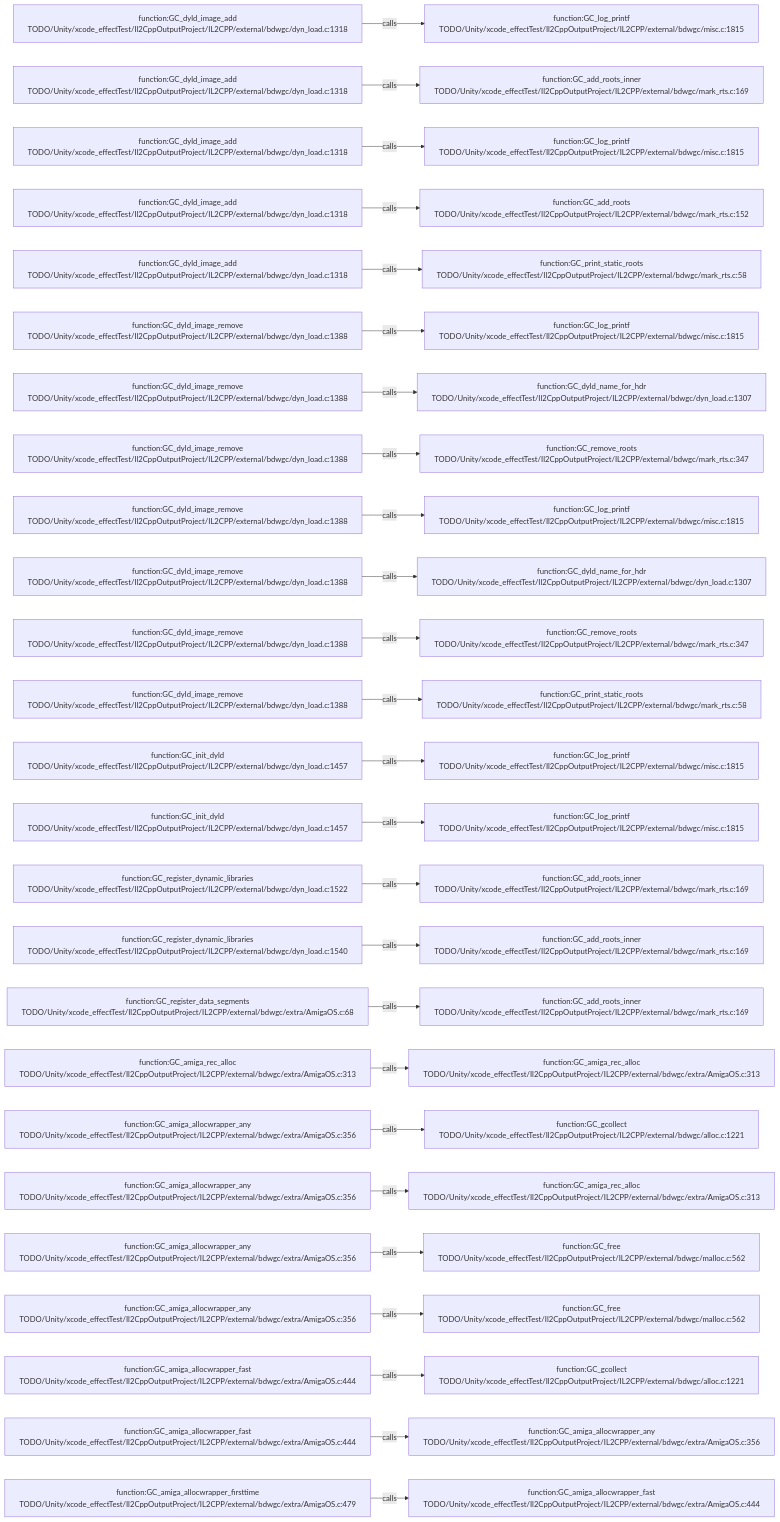
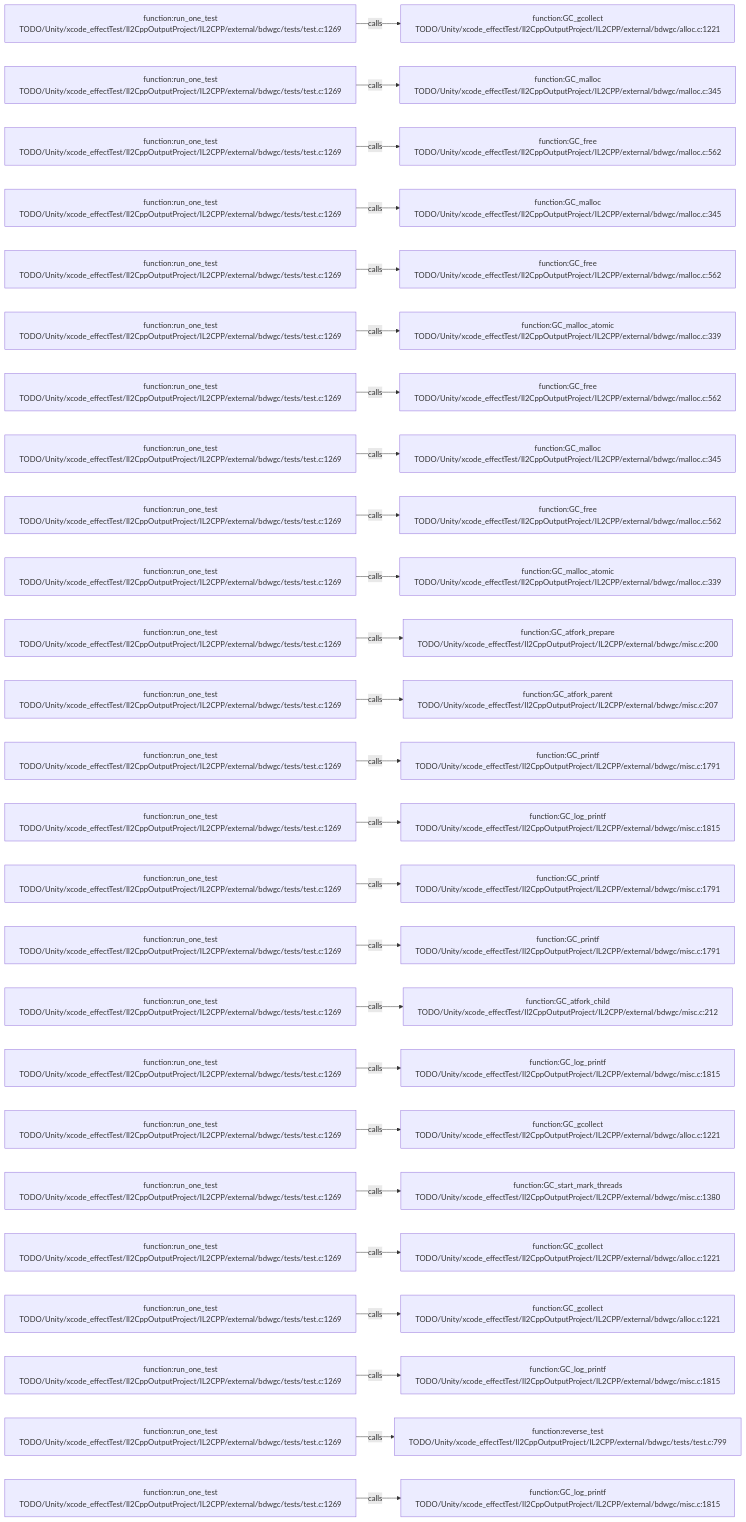
One commit to JobsKits/JobsSwiftBaseConfigDemo changed the diagram in .codegraph/codegraph.md/graphs/calls-173.md. Above: the diagram before and after it, drawn with Mermaid. The commit also changed 227 other files, not shown here.

````diff
--- a/.codegraph/codegraph.md/graphs/calls-173.md
+++ b/.codegraph/codegraph.md/graphs/calls-173.md
@@ -13,78 +13,78 @@
 ```mermaid
 flowchart LR
-  S1["function:GC_dyld_image_add<br/>TODO/Unity/xcode_effectTest/Il2CppOutputProject/IL2CPP/external/bdwgc/dyn_load.c:1318"]
-  T1["function:GC_log_printf<br/>TODO/Unity/xcode_effectTest/Il2CppOutputProject/IL2CPP/external/bdwgc/misc.c:1815"]
+  S1["function:run_one_test<br/>TODO/Unity/xcode_effectTest/Il2CppOutputProject/IL2CPP/external/bdwgc/tests/test.c:1269"]
+  T1["function:GC_gcollect<br/>TODO/Unity/xcode_effectTest/Il2CppOutputProject/IL2CPP/external/bdwgc/alloc.c:1221"]
   S1 -->|calls| T1
-  S2["function:GC_dyld_image_add<br/>TODO/Unity/xcode_effectTest/Il2CppOutputProject/IL2CPP/external/bdwgc/dyn_load.c:1318"]
-  T2["function:GC_add_roots_inner<br/>TODO/Unity/xcode_effectTest/Il2CppOutputProject/IL2CPP/external/bdwgc/mark_rts.c:169"]
+  S2["function:run_one_test<br/>TODO/Unity/xcode_effectTest/Il2CppOutputProject/IL2CPP/external/bdwgc/tests/test.c:1269"]
+  T2["function:GC_malloc<br/>TODO/Unity/xcode_effectTest/Il2CppOutputProject/IL2CPP/external/bdwgc/malloc.c:345"]
   S2 -->|calls| T2
-  S3["function:GC_dyld_image_add<br/>TODO/Unity/xcode_effectTest/Il2CppOutputProject/IL2CPP/external/bdwgc/dyn_load.c:1318"]
-  T3["function:GC_log_printf<br/>TODO/Unity/xcode_effectTest/Il2CppOutputProject/IL2CPP/external/bdwgc/misc.c:1815"]
+  S3["function:run_one_test<br/>TODO/Unity/xcode_effectTest/Il2CppOutputProject/IL2CPP/external/bdwgc/tests/test.c:1269"]
+  T3["function:GC_free<br/>TODO/Unity/xcode_effectTest/Il2CppOutputProject/IL2CPP/external/bdwgc/malloc.c:562"]
   S3 -->|calls| T3
-  S4["function:GC_dyld_image_add<br/>TODO/Unity/xcode_effectTest/Il2CppOutputProject/IL2CPP/external/bdwgc/dyn_load.c:1318"]
-  T4["function:GC_add_roots<br/>TODO/Unity/xcode_effectTest/Il2CppOutputProject/IL2CPP/external/bdwgc/mark_rts.c:152"]
+  S4["function:run_one_test<br/>TODO/Unity/xcode_effectTest/Il2CppOutputProject/IL2CPP/external/bdwgc/tests/test.c:1269"]
+  T4["function:GC_malloc<br/>TODO/Unity/xcode_effectTest/Il2CppOutputProject/IL2CPP/external/bdwgc/malloc.c:345"]
   S4 -->|calls| T4
-  S5["function:GC_dyld_image_add<br/>TODO/Unity/xcode_effectTest/Il2CppOutputProject/IL2CPP/external/bdwgc/dyn_load.c:1318"]
-  T5["function:GC_print_static_roots<br/>TODO/Unity/xcode_effectTest/Il2CppOutputProject/IL2CPP/external/bdwgc/mark_rts.c:58"]
+  S5["function:run_one_test<br/>TODO/Unity/xcode_effectTest/Il2CppOutputProject/IL2CPP/external/bdwgc/tests/test.c:1269"]
+  T5["function:GC_free<br/>TODO/Unity/xcode_effectTest/Il2CppOutputProject/IL2CPP/external/bdwgc/malloc.c:562"]
   S5 -->|calls| T5
-  S6["function:GC_dyld_image_remove<br/>TODO/Unity/xcode_effectTest/Il2CppOutputProject/IL2CPP/external/bdwgc/dyn_load.c:1388"]
-  T6["function:GC_log_printf<br/>TODO/Unity/xcode_effectTest/Il2CppOutputProject/IL2CPP/external/bdwgc/misc.c:1815"]
+  S6["function:run_one_test<br/>TODO/Unity/xcode_effectTest/Il2CppOutputProject/IL2CPP/external/bdwgc/tests/test.c:1269"]
+  T6["function:GC_malloc_atomic<br/>TODO/Unity/xcode_effectTest/Il2CppOutputProject/IL2CPP/external/bdwgc/malloc.c:339"]
   S6 -->|calls| T6
-  S7["function:GC_dyld_image_remove<br/>TODO/Unity/xcode_effectTest/Il2CppOutputProject/IL2CPP/external/bdwgc/dyn_load.c:1388"]
-  T7["function:GC_dyld_name_for_hdr<br/>TODO/Unity/xcode_effectTest/Il2CppOutputProject/IL2CPP/external/bdwgc/dyn_load.c:1307"]
+  S7["function:run_one_test<br/>TODO/Unity/xcode_effectTest/Il2CppOutputProject/IL2CPP/external/bdwgc/tests/test.c:1269"]
+  T7["function:GC_free<br/>TODO/Unity/xcode_effectTest/Il2CppOutputProject/IL2CPP/external/bdwgc/malloc.c:562"]
   S7 -->|calls| T7
-  S8["function:GC_dyld_image_remove<br/>TODO/Unity/xcode_effectTest/Il2CppOutputProject/IL2CPP/external/bdwgc/dyn_load.c:1388"]
-  T8["function:GC_remove_roots<br/>TODO/Unity/xcode_effectTest/Il2CppOutputProject/IL2CPP/external/bdwgc/mark_rts.c:347"]
+  S8["function:run_one_test<br/>TODO/Unity/xcode_effectTest/Il2CppOutputProject/IL2CPP/external/bdwgc/tests/test.c:1269"]
+  T8["function:GC_malloc<br/>TODO/Unity/xcode_effectTest/Il2CppOutputProject/IL2CPP/external/bdwgc/malloc.c:345"]
   S8 -->|calls| T8
-  S9["function:GC_dyld_image_remove<br/>TODO/Unity/xcode_effectTest/Il2CppOutputProject/IL2CPP/external/bdwgc/dyn_load.c:1388"]
-  T9["function:GC_log_printf<br/>TODO/Unity/xcode_effectTest/Il2CppOutputProject/IL2CPP/external/bdwgc/misc.c:1815"]
+  S9["function:run_one_test<br/>TODO/Unity/xcode_effectTest/Il2CppOutputProject/IL2CPP/external/bdwgc/tests/test.c:1269"]
+  T9["function:GC_free<br/>TODO/Unity/xcode_effectTest/Il2CppOutputProject/IL2CPP/external/bdwgc/malloc.c:562"]
   S9 -->|calls| T9
-  S10["function:GC_dyld_image_remove<br/>TODO/Unity/xcode_effectTest/Il2CppOutputProject/IL2CPP/external/bdwgc/dyn_load.c:1388"]
-  T10["function:GC_dyld_name_for_hdr<br/>TODO/Unity/xcode_effectTest/Il2CppOutputProject/IL2CPP/external/bdwgc/dyn_load.c:1307"]
+  S10["function:run_one_test<br/>TODO/Unity/xcode_effectTest/Il2CppOutputProject/IL2CPP/external/bdwgc/tests/test.c:1269"]
+  T10["function:GC_malloc_atomic<br/>TODO/Unity/xcode_effectTest/Il2CppOutputProject/IL2CPP/external/bdwgc/malloc.c:339"]
   S10 -->|calls| T10
-  S11["function:GC_dyld_image_remove<br/>TODO/Unity/xcode_effectTest/Il2CppOutputProject/IL2CPP/external/bdwgc/dyn_load.c:1388"]
-  T11["function:GC_remove_roots<br/>TODO/Unity/xcode_effectTest/Il2CppOutputProject/IL2CPP/external/bdwgc/mark_rts.c:347"]
+  S11["function:run_one_test<br/>TODO/Unity/xcode_effectTest/Il2CppOutputProject/IL2CPP/external/bdwgc/tests/test.c:1269"]
+  T11["function:GC_atfork_prepare<br/>TODO/Unity/xcode_effectTest/Il2CppOutputProject/IL2CPP/external/bdwgc/misc.c:200"]
   S11 -->|calls| T11
-  S12["function:GC_dyld_image_remove<br/>TODO/Unity/xcode_effectTest/Il2CppOutputProject/IL2CPP/external/bdwgc/dyn_load.c:1388"]
-  T12["function:GC_print_static_roots<br/>TODO/Unity/xcode_effectTest/Il2CppOutputProject/IL2CPP/external/bdwgc/mark_rts.c:58"]
+  S12["function:run_one_test<br/>TODO/Unity/xcode_effectTest/Il2CppOutputProject/IL2CPP/external/bdwgc/tests/test.c:1269"]
+  T12["function:GC_atfork_parent<br/>TODO/Unity/xcode_effectTest/Il2CppOutputProject/IL2CPP/external/bdwgc/misc.c:207"]
   S12 -->|calls| T12
-  S13["function:GC_init_dyld<br/>TODO/Unity/xcode_effectTest/Il2CppOutputProject/IL2CPP/external/bdwgc/dyn_load.c:1457"]
-  T13["function:GC_log_printf<br/>TODO/Unity/xcode_effectTest/Il2CppOutputProject/IL2CPP/external/bdwgc/misc.c:1815"]
+  S13["function:run_one_test<br/>TODO/Unity/xcode_effectTest/Il2CppOutputProject/IL2CPP/external/bdwgc/tests/test.c:1269"]
+  T13["function:GC_printf<br/>TODO/Unity/xcode_effectTest/Il2CppOutputProject/IL2CPP/external/bdwgc/misc.c:1791"]
   S13 -->|calls| T13
-  S14["function:GC_init_dyld<br/>TODO/Unity/xcode_effectTest/Il2CppOutputProject/IL2CPP/external/bdwgc/dyn_load.c:1457"]
+  S14["function:run_one_test<br/>TODO/Unity/xcode_effectTest/Il2CppOutputProject/IL2CPP/external/bdwgc/tests/test.c:1269"]
   T14["function:GC_log_printf<br/>TODO/Unity/xcode_effectTest/Il2CppOutputProject/IL2CPP/external/bdwgc/misc.c:1815"]
   S14 -->|calls| T14
-  S15["function:GC_register_dynamic_libraries<br/>TODO/Unity/xcode_effectTest/Il2CppOutputProject/IL2CPP/external/bdwgc/dyn_load.c:1522"]
-  T15["function:GC_add_roots_inner<br/>TODO/Unity/xcode_effectTest/Il2CppOutputProject/IL2CPP/external/bdwgc/mark_rts.c:169"]
+  S15["function:run_one_test<br/>TODO/Unity/xcode_effectTest/Il2CppOutputProject/IL2CPP/external/bdwgc/tests/test.c:1269"]
+  T15["function:GC_printf<br/>TODO/Unity/xcode_effectTest/Il2CppOutputProject/IL2CPP/external/bdwgc/misc.c:1791"]
   S15 -->|calls| T15
-  S16["function:GC_register_dynamic_libraries<br/>TODO/Unity/xcode_effectTest/Il2CppOutputProject/IL2CPP/external/bdwgc/dyn_load.c:1540"]
-  T16["function:GC_add_roots_inner<br/>TODO/Unity/xcode_effectTest/Il2CppOutputProject/IL2CPP/external/bdwgc/mark_rts.c:169"]
+  S16["function:run_one_test<br/>TODO/Unity/xcode_effectTest/Il2CppOutputProject/IL2CPP/external/bdwgc/tests/test.c:1269"]
+  T16["function:GC_printf<br/>TODO/Unity/xcode_effectTest/Il2CppOutputProject/IL2CPP/external/bdwgc/misc.c:1791"]
   S16 -->|calls| T16
-  S17["function:GC_register_data_segments<br/>TODO/Unity/xcode_effectTest/Il2CppOutputProject/IL2CPP/external/bdwgc/extra/AmigaOS.c:68"]
-  T17["function:GC_add_roots_inner<br/>TODO/Unity/xcode_effectTest/Il2CppOutputProject/IL2CPP/external/bdwgc/mark_rts.c:169"]
+  S17["function:run_one_test<br/>TODO/Unity/xcode_effectTest/Il2CppOutputProject/IL2CPP/external/bdwgc/tests/test.c:1269"]
+  T17["function:GC_atfork_child<br/>TODO/Unity/xcode_effectTest/Il2CppOutputProject/IL2CPP/external/bdwgc/misc.c:212"]
   S17 -->|calls| T17
-  S18["function:GC_amiga_rec_alloc<br/>TODO/Unity/xcode_effectTest/Il2CppOutputProject/IL2CPP/external/bdwgc/extra/AmigaOS.c:313"]
-  T18["function:GC_amiga_rec_alloc<br/>TODO/Unity/xcode_effectTest/Il2CppOutputProject/IL2CPP/external/bdwgc/extra/AmigaOS.c:313"]
+  S18["function:run_one_test<br/>TODO/Unity/xcode_effectTest/Il2CppOutputProject/IL2CPP/external/bdwgc/tests/test.c:1269"]
+  T18["function:GC_log_printf<br/>TODO/Unity/xcode_effectTest/Il2CppOutputProject/IL2CPP/external/bdwgc/misc.c:1815"]
   S18 -->|calls| T18
-  S19["function:GC_amiga_allocwrapper_any<br/>TODO/Unity/xcode_effectTest/Il2CppOutputProject/IL2CPP/external/bdwgc/extra/AmigaOS.c:356"]
+  S19["function:run_one_test<br/>TODO/Unity/xcode_effectTest/Il2CppOutputProject/IL2CPP/external/bdwgc/tests/test.c:1269"]
   T19["function:GC_gcollect<br/>TODO/Unity/xcode_effectTest/Il2CppOutputProject/IL2CPP/external/bdwgc/alloc.c:1221"]
   S19 -->|calls| T19
-  S20["function:GC_amiga_allocwrapper_any<br/>TODO/Unity/xcode_effectTest/Il2CppOutputProject/IL2CPP/external/bdwgc/extra/AmigaOS.c:356"]
-  T20["function:GC_amiga_rec_alloc<br/>TODO/Unity/xcode_effectTest/Il2CppOutputProject/IL2CPP/external/bdwgc/extra/AmigaOS.c:313"]
+  S20["function:run_one_test<br/>TODO/Unity/xcode_effectTest/Il2CppOutputProject/IL2CPP/external/bdwgc/tests/test.c:1269"]
+  T20["function:GC_start_mark_threads<br/>TODO/Unity/xcode_effectTest/Il2CppOutputProject/IL2CPP/external/bdwgc/misc.c:1380"]
   S20 -->|calls| T20
-  S21["function:GC_amiga_allocwrapper_any<br/>TODO/Unity/xcode_effectTest/Il2CppOutputProject/IL2CPP/external/bdwgc/extra/AmigaOS.c:356"]
-  T21["function:GC_free<br/>TODO/Unity/xcode_effectTest/Il2CppOutputProject/IL2CPP/external/bdwgc/malloc.c:562"]
+  S21["function:run_one_test<br/>TODO/Unity/xcode_effectTest/Il2CppOutputProject/IL2CPP/external/bdwgc/tests/test.c:1269"]
+  T21["function:GC_gcollect<br/>TODO/Unity/xcode_effectTest/Il2CppOutputProject/IL2CPP/external/bdwgc/alloc.c:1221"]
   S21 -->|calls| T21
-  S22["function:GC_amiga_allocwrapper_any<br/>TODO/Unity/xcode_effectTest/Il2CppOutputProject/IL2CPP/external/bdwgc/extra/AmigaOS.c:356"]
-  T22["function:GC_free<br/>TODO/Unity/xcode_effectTest/Il2CppOutputProject/IL2CPP/external/bdwgc/malloc.c:562"]
+  S22["function:run_one_test<br/>TODO/Unity/xcode_effectTest/Il2CppOutputProject/IL2CPP/external/bdwgc/tests/test.c:1269"]
+  T22["function:GC_gcollect<br/>TODO/Unity/xcode_effectTest/Il2CppOutputProject/IL2CPP/external/bdwgc/alloc.c:1221"]
   S22 -->|calls| T22
-  S23["function:GC_amiga_allocwrapper_fast<br/>TODO/Unity/xcode_effectTest/Il2CppOutputProject/IL2CPP/external/bdwgc/extra/AmigaOS.c:444"]
-  T23["function:GC_gcollect<br/>TODO/Unity/xcode_effectTest/Il2CppOutputProject/IL2CPP/external/bdwgc/alloc.c:1221"]
+  S23["function:run_one_test<br/>TODO/Unity/xcode_effectTest/Il2CppOutputProject/IL2CPP/external/bdwgc/tests/test.c:1269"]
+  T23["function:GC_log_printf<br/>TODO/Unity/xcode_effectTest/Il2CppOutputProject/IL2CPP/external/bdwgc/misc.c:1815"]
   S23 -->|calls| T23
-  S24["function:GC_amiga_allocwrapper_fast<br/>TODO/Unity/xcode_effectTest/Il2CppOutputProject/IL2CPP/external/bdwgc/extra/AmigaOS.c:444"]
-  T24["function:GC_amiga_allocwrapper_any<br/>TODO/Unity/xcode_effectTest/Il2CppOutputProject/IL2CPP/external/bdwgc/extra/AmigaOS.c:356"]
+  S24["function:run_one_test<br/>TODO/Unity/xcode_effectTest/Il2CppOutputProject/IL2CPP/external/bdwgc/tests/test.c:1269"]
+  T24["function:reverse_test<br/>TODO/Unity/xcode_effectTest/Il2CppOutputProject/IL2CPP/external/bdwgc/tests/test.c:799"]
   S24 -->|calls| T24
-  S25["function:GC_amiga_allocwrapper_firsttime<br/>TODO/Unity/xcode_effectTest/Il2CppOutputProject/IL2CPP/external/bdwgc/extra/AmigaOS.c:479"]
-  T25["function:GC_amiga_allocwrapper_fast<br/>TODO/Unity/xcode_effectTest/Il2CppOutputProject/IL2CPP/external/bdwgc/extra/AmigaOS.c:444"]
+  S25["function:run_one_test<br/>TODO/Unity/xcode_effectTest/Il2CppOutputProject/IL2CPP/external/bdwgc/tests/test.c:1269"]
+  T25["function:GC_log_printf<br/>TODO/Unity/xcode_effectTest/Il2CppOutputProject/IL2CPP/external/bdwgc/misc.c:1815"]
   S25 -->|calls| T25
 ```
````
